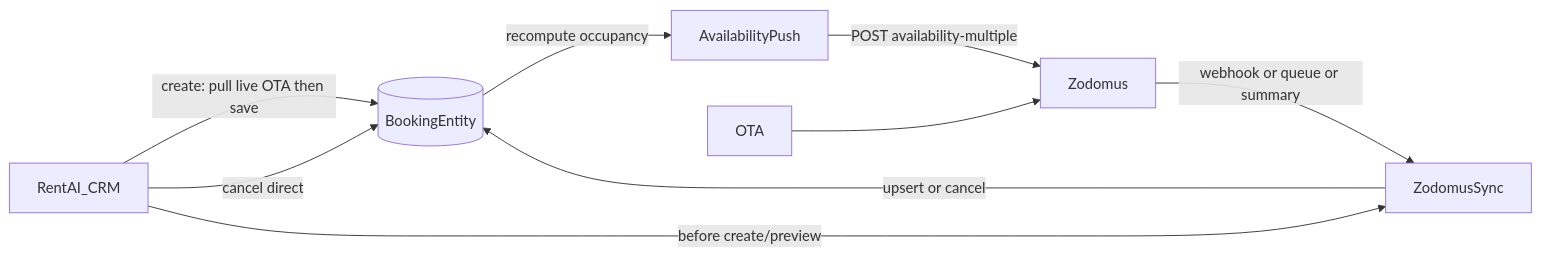
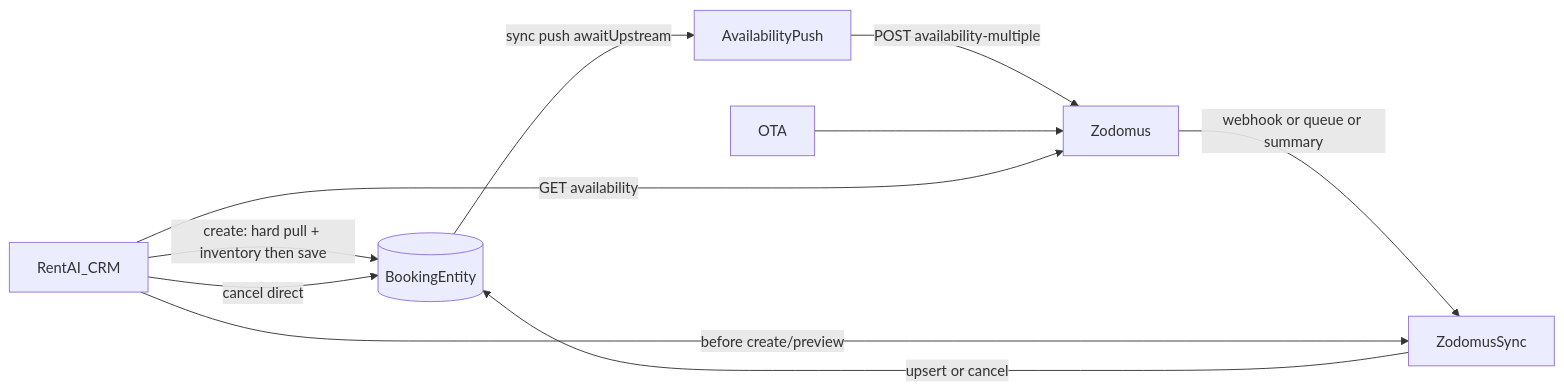
Before and after one commit to Andmodule/YRRENTai: the diagram in doc/zodomus/BOOKING-FLOW.md, drawn with Mermaid. The commit also changed other lines of this file and 31 other files, not shown here.

First line of the commit message:
feat(zodomus): bind mapping, OTA inventory overlay, and calendar booking UX

````diff
--- a/doc/zodomus/BOOKING-FLOW.md
+++ b/doc/zodomus/BOOKING-FLOW.md
@@ -18,11 +18,12 @@
 ```mermaid
 flowchart LR
-  CRM[RentAI_CRM] -->|"create: pull live OTA then save"| BookingDB[(BookingEntity)]
+  CRM[RentAI_CRM] -->|"create: hard pull + inventory then save"| BookingDB[(BookingEntity)]
   CRM -->|"cancel direct"| BookingDB
-  BookingDB -->|"recompute occupancy"| AvailabilityPush[AvailabilityPush]
+  BookingDB -->|"sync push awaitUpstream"| AvailabilityPush[AvailabilityPush]
   AvailabilityPush -->|"POST availability-multiple"| Zodomus[Zodomus]
   OTA[OTA] --> Zodomus
   Zodomus -->|"webhook or queue or summary"| Sync[ZodomusSync]
   Sync -->|"upsert or cancel"| BookingDB
   CRM -->|"before create/preview"| Sync
+  CRM -->|"GET availability"| Zodomus
 ```
````
